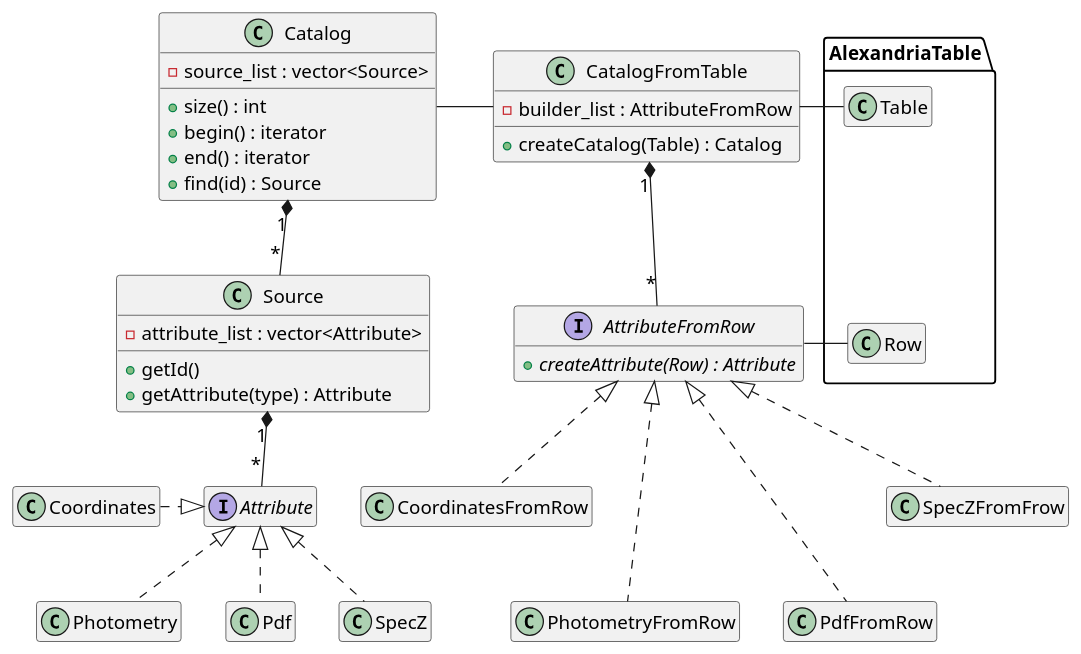
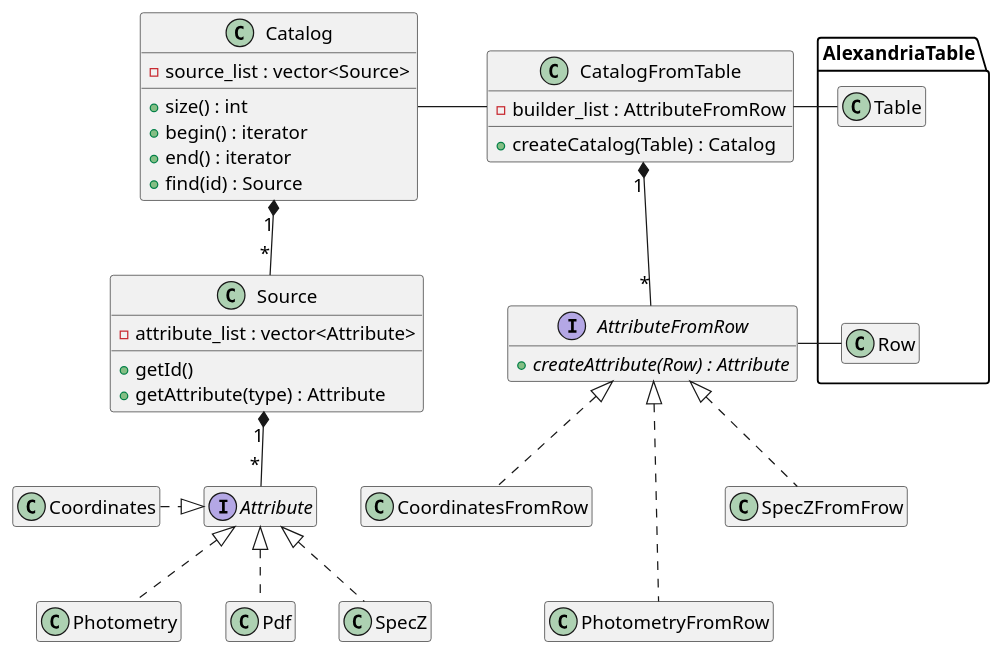
The diagram in SourceCatalog/doc/SourceCatalog.puml (astrorama/Alexandria), drawn with PlantUML before and after one commit. The commit also changed 3 other files, not shown here.

Commit message:
Remove unused PdfCatalogConfig, PdfFromRow and Pdf

```diff
--- a/SourceCatalog/doc/SourceCatalog.puml
+++ b/SourceCatalog/doc/SourceCatalog.puml
@@ -3,63 +3,62 @@
 @startuml TableClassDiagram.png
 
 skinparam defaultfontsize 15
 'left to right direction
 
 class Catalog {
     - source_list : vector<Source>
     + size() : int
     + begin() : iterator
     + end() : iterator
     + find(id) : Source
 }
 
 class Source {
     - attribute_list : vector<Attribute>
     + getId()
     + getAttribute(type) : Attribute
 }
 
 interface Attribute {
 }
 
 Catalog "1" *-- "*" Source
 Source "1" *-- "*" Attribute
 Attribute <|.l. Coordinates
 Attribute <|.. Photometry
 Attribute <|.. Pdf
 Attribute <|.. SpecZ
 
 class CatalogFromTable {
     - builder_list : AttributeFromRow
     + createCatalog(Table) : Catalog
 }
 
 interface AttributeFromRow {
     + {abstract} createAttribute(Row) : Attribute
 }
 
 Catalog - CatalogFromTable
 CatalogFromTable "1" *-- "*" AttributeFromRow
 AttributeFromRow <|.. CoordinatesFromRow
 AttributeFromRow <|... PhotometryFromRow
-AttributeFromRow <|... PdfFromRow
 AttributeFromRow <|.. SpecZFromFrow
 
 namespace AlexandriaTable {
 
     class Table
     class Row
     Table -[hidden]- Row
 
 }
 
 CatalogFromTable -l- AlexandriaTable.Table
 AttributeFromRow -l- AlexandriaTable.Row
 
 'CatalogFromTable - AlexandriaTable
 'AttributeFromRow - AlexandriaTable
 
 hide empty fields
 hide empty methods
 
 @enduml
```
